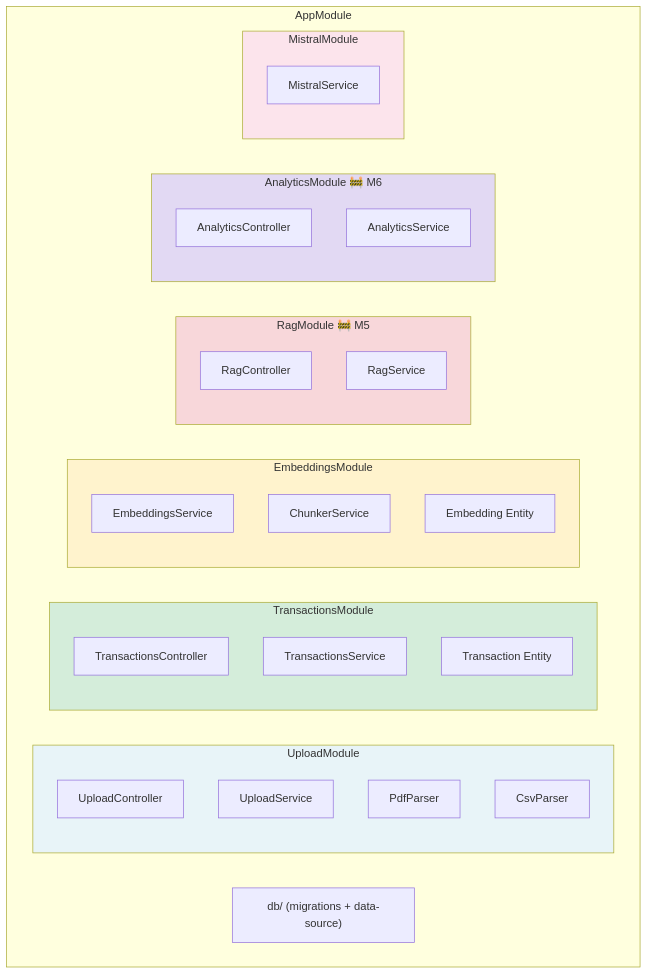
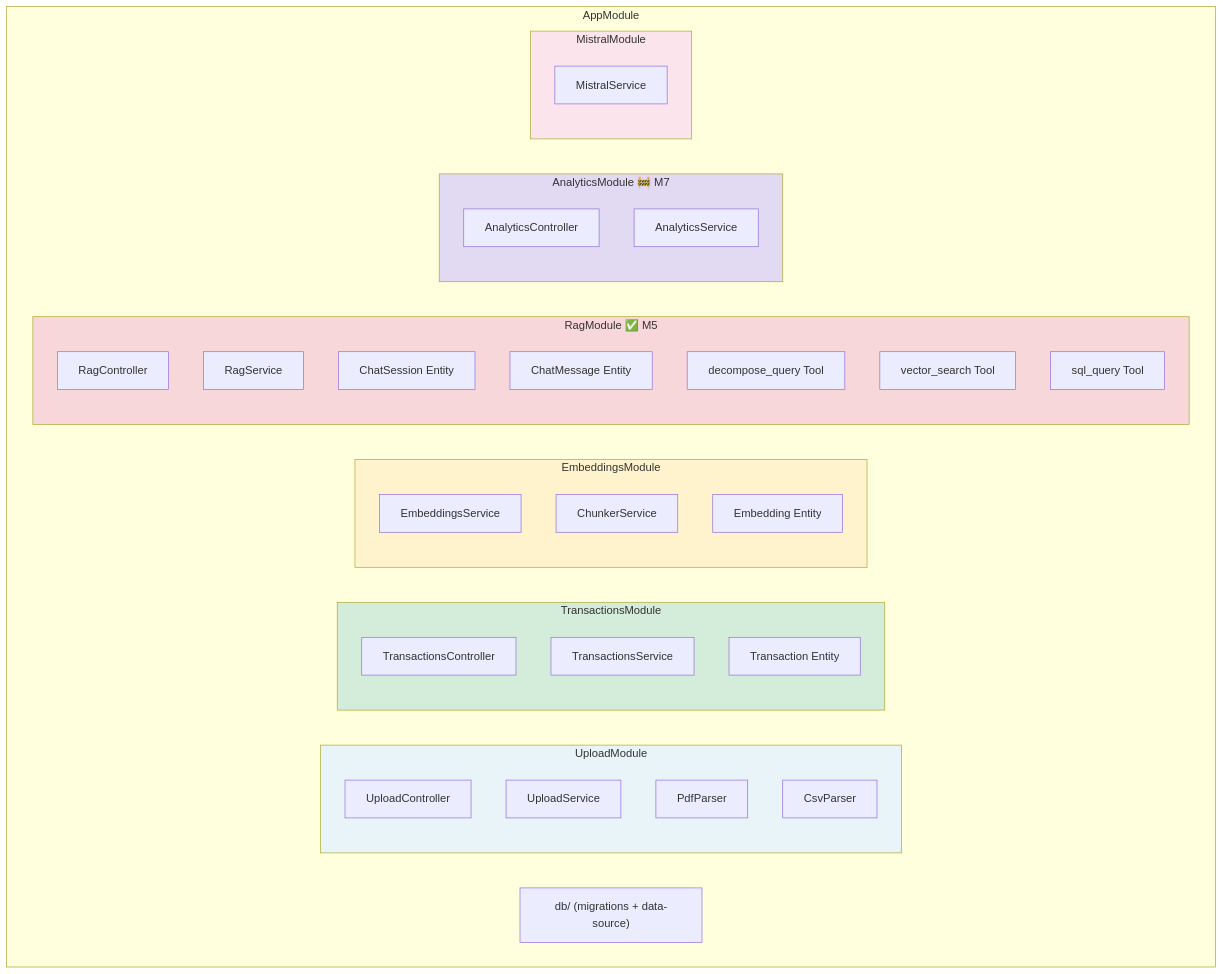
Before and after one commit to darth-dodo/ledger: the fifth of 7 diagrams in docs/architecture.md, drawn with Mermaid. The commit also changed other lines of this file and 72 other files, not shown here.

First line of the commit message:
feat: M5 RAG Chat with Agentic ReAct Loop + Adaptive Query Decomposition (#6)

````diff
--- a/docs/architecture.md
+++ b/docs/architecture.md
@@ -219,46 +291,51 @@
 ```mermaid
 graph TD
     subgraph AppModule
         subgraph UploadModule
             UC2[UploadController]
             US2[UploadService]
             PDF[PdfParser]
             CSV[CsvParser]
         end
 
         subgraph TransactionsModule
             TC2[TransactionsController]
             TS2[TransactionsService]
             TE[Transaction Entity]
         end
 
         subgraph EmbeddingsModule
             ES2[EmbeddingsService]
             CHK[ChunkerService]
             EE[Embedding Entity]
         end
 
-        subgraph RagModule ["RagModule 🚧 M5"]
+        subgraph RagModule ["RagModule ✅ M5"]
             RC2[RagController]
             RS2[RagService]
+            CSE[ChatSession Entity]
+            CME[ChatMessage Entity]
+            DQT[decompose_query Tool]
+            VST[vector_search Tool]
+            SQT[sql_query Tool]
         end
 
-        subgraph AnalyticsModule ["AnalyticsModule 🚧 M6"]
+        subgraph AnalyticsModule ["AnalyticsModule 🚧 M7"]
             AC2[AnalyticsController]
             AS2[AnalyticsService]
         end
 
         subgraph MistralModule
             MS2[MistralService]
         end
 
         DB["db/ (migrations + data-source)"]
     end
 
     style UploadModule fill:#e8f4f8
     style TransactionsModule fill:#d4edda
     style EmbeddingsModule fill:#fff3cd
     style RagModule fill:#f8d7da
     style AnalyticsModule fill:#e2d9f3
     style MistralModule fill:#fce4ec
 ```
````
